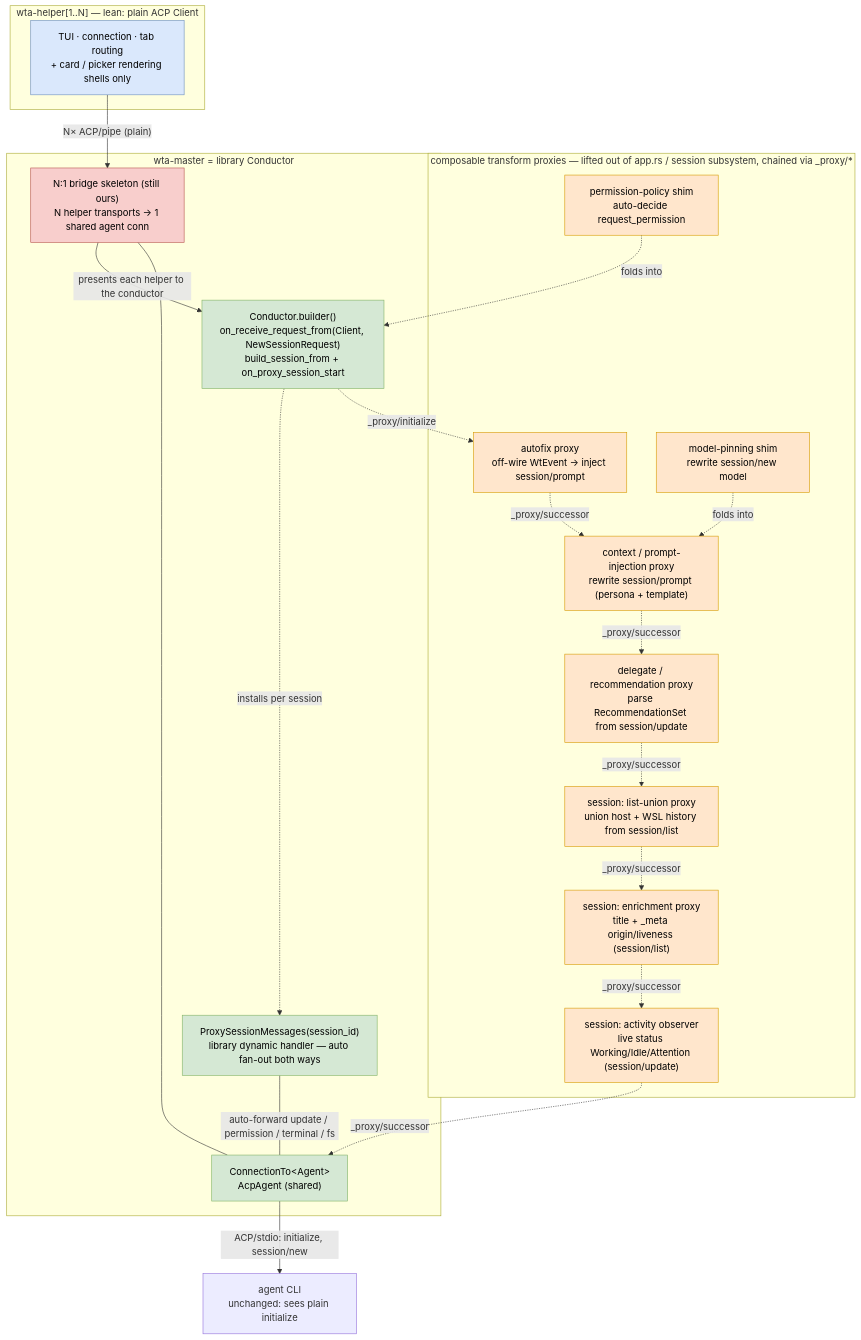
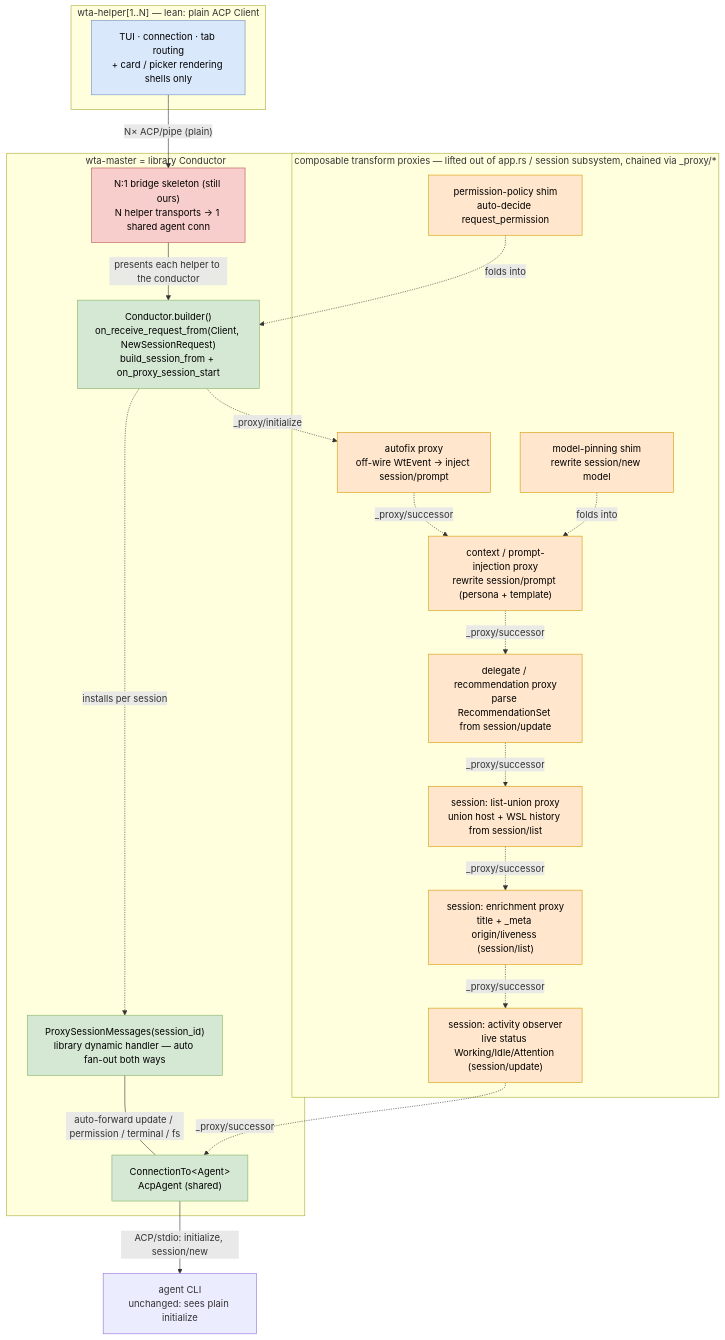
Before and after one commit to microsoft/intelligent-terminal: the second of 5 diagrams in doc/specs/acp-1.0-conductor-migration.md, drawn with Mermaid. The commit also changed other lines of this file, not shown here.

Commit message:
docs(spec): drop redundant BR --- AC edge in Target/Phase 1 diagrams
The N:1 bridge already reaches the shared agent connection downstream (BR -> conductor -> proxy chain -> AC), so the direct BR --- AC link made the bridge look like it had two outgoing edges. Removing it leaves BR a clean N-in / 1-out node: N helper transports in, single line to the conductor, funneling to the one shared agent conn downstream.

````diff
--- a/doc/specs/acp-1.0-conductor-migration.md
+++ b/doc/specs/acp-1.0-conductor-migration.md
@@ -188,51 +188,50 @@
 ```mermaid
 flowchart TB
     subgraph helper["wta-helper[1..N] — lean: plain ACP Client"]
         PLUMB["TUI · connection · tab routing<br/>+ card / picker rendering shells only"]
     end
 
     subgraph proxies["composable transform proxies — lifted out of app.rs / session subsystem, chained via _proxy/*"]
         AFX["autofix proxy<br/>off-wire WtEvent → inject session/prompt"]
         CTX["context / prompt-injection proxy<br/>rewrite session/prompt (persona + template)"]
         REC["delegate / recommendation proxy<br/>parse RecommendationSet from session/update"]
         SLU["session: list-union proxy<br/>union host + WSL history from session/list"]
         SLE["session: enrichment proxy<br/>title + _meta origin/liveness (session/list)"]
         SLA["session: activity observer<br/>live status Working/Idle/Attention (session/update)"]
         MOD["model-pinning shim<br/>rewrite session/new model"]
         PERM["permission-policy shim<br/>auto-decide request_permission"]
     end
 
     subgraph master["wta-master = library Conductor"]
         CB["Conductor.builder()<br/>on_receive_request_from(Client, NewSessionRequest)<br/>build_session_from + on_proxy_session_start"]
         PSM["ProxySessionMessages(session_id)<br/>library dynamic handler — auto fan-out both ways"]
         BR["N:1 bridge skeleton (still ours)<br/>N helper transports → 1 shared agent conn"]
         AC["ConnectionTo&lt;Agent&gt;<br/>AcpAgent (shared)"]
     end
 
     CLI["agent CLI<br/>unchanged: sees plain initialize"]
 
     PLUMB -->|"N× ACP/pipe (plain)"| BR
     BR -->|"presents each helper to the conductor"| CB
     CB -.->|"installs per session"| PSM
     PSM ---|"auto-forward update / permission / terminal / fs"| AC
-    BR --- AC
     CB -.->|"_proxy/initialize"| AFX
     AFX -.->|"_proxy/successor"| CTX
     CTX -.->|"_proxy/successor"| REC
     REC -.->|"_proxy/successor"| SLU
     SLU -.->|"_proxy/successor"| SLE
     SLE -.->|"_proxy/successor"| SLA
     SLA -.->|"_proxy/successor"| AC
     AC -->|"ACP/stdio: initialize, session/new"| CLI
     MOD -.->|"folds into"| CTX
     PERM -.->|"folds into"| CB
 
     classDef proxyable fill:#ffe6cc,stroke:#d79b00,color:#000;
     classDef plumbing fill:#dae8fc,stroke:#6c8ebf,color:#000;
     classDef library fill:#d5e8d4,stroke:#82b366,color:#000;
     classDef handrolled fill:#f8cecc,stroke:#b85450,color:#000;
     class AFX,CTX,REC,SLU,SLE,SLA,MOD,PERM proxyable;
     class PLUMB plumbing;
     class CB,PSM,AC library;
     class BR handrolled;
 ```
````
